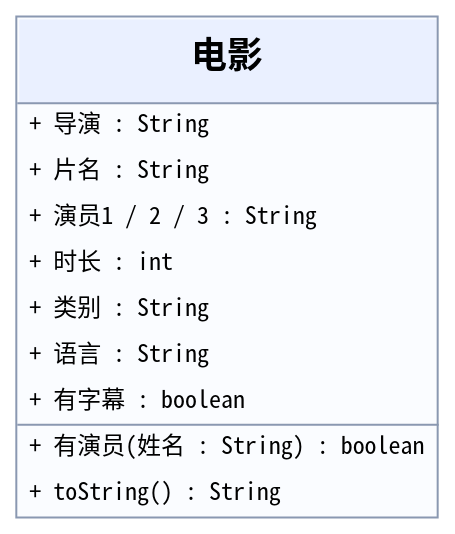
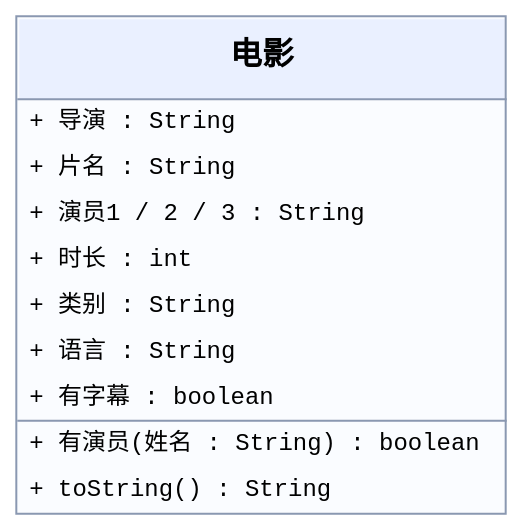
One commit to edetroll/java-oop changed the diagram in content/chapters/02-osztalyok/media/film-zh.dot. Above: the diagram before and after it, drawn with Graphviz. The commit also changed 38 other files, not shown here.

```diff
--- a/content/chapters/02-osztalyok/media/film-zh.dot
+++ b/content/chapters/02-osztalyok/media/film-zh.dot
@@ -1,1 +1,1 @@
-digraph G { graph [bgcolor="transparent",margin=0,pad=0.03]; node [shape=plain]; cl [label=<<TABLE BORDER="1" CELLBORDER="0" CELLSPACING="0" CELLPADDING="3" COLOR="#8a98b1" BGCOLOR="#fafcff"><TR><TD BGCOLOR="#eaf0ff" CELLPADDING="11"><FONT FACE="Noto Sans CJK SC" POINT-SIZE="18"><B>电影</B></FONT></TD></TR><HR/><TR><TD ALIGN="LEFT" BALIGN="LEFT" CELLPADDING="5"><FONT FACE="Noto Sans Mono CJK SC" POINT-SIZE="12">+ 导演 : String</FONT></TD></TR><TR><TD ALIGN="LEFT" BALIGN="LEFT" CELLPADDING="5"><FONT FACE="Noto Sans Mono CJK SC" POINT-SIZE="12">+ 片名 : String</FONT></TD></TR><TR><TD ALIGN="LEFT" BALIGN="LEFT" CELLPADDING="5"><FONT FACE="Noto Sans Mono CJK SC" POINT-SIZE="12">+ 演员1 / 2 / 3 : String</FONT></TD></TR><TR><TD ALIGN="LEFT" BALIGN="LEFT" CELLPADDING="5"><FONT FACE="Noto Sans Mono CJK SC" POINT-SIZE="12">+ 时长 : int</FONT></TD></TR><TR><TD ALIGN="LEFT" BALIGN="LEFT" CELLPADDING="5"><FONT FACE="Noto Sans Mono CJK SC" POINT-SIZE="12">+ 类别 : String</FONT></TD></TR><TR><TD ALIGN="LEFT" BALIGN="LEFT" CELLPADDING="5"><FONT FACE="Noto Sans Mono CJK SC" POINT-SIZE="12">+ 语言 : String</FONT></TD></TR><TR><TD ALIGN="LEFT" BALIGN="LEFT" CELLPADDING="5"><FONT FACE="Noto Sans Mono CJK SC" POINT-SIZE="12">+ 有字幕 : boolean</FONT></TD></TR><HR/><TR><TD ALIGN="LEFT" BALIGN="LEFT" CELLPADDING="5"><FONT FACE="Noto Sans Mono CJK SC" POINT-SIZE="12">+ 有演员(姓名 : String) : boolean</FONT></TD></TR><TR><TD ALIGN="LEFT" BALIGN="LEFT" CELLPADDING="5"><FONT FACE="Noto Sans Mono CJK SC" POINT-SIZE="12">+ toString() : String</FONT></TD></TR></TABLE>>]; }
+digraph G { graph [bgcolor="transparent",margin=0,pad=0.03]; node [fontname="Liberation Mono",fontsize=12,shape=plain]; cl [label=<<TABLE BORDER="1" CELLBORDER="0" CELLSPACING="0" CELLPADDING="3" COLOR="#8a98b1" BGCOLOR="#fafcff"><TR><TD BGCOLOR="#eaf0ff" CELLPADDING="11"><FONT FACE="Liberation Mono" POINT-SIZE="16"><B>电影</B></FONT></TD></TR><HR/><TR><TD ALIGN="LEFT" BALIGN="LEFT" CELLPADDING="5"><FONT FACE="Liberation Mono" POINT-SIZE="12">+ 导演 : String</FONT></TD></TR><TR><TD ALIGN="LEFT" BALIGN="LEFT" CELLPADDING="5"><FONT FACE="Liberation Mono" POINT-SIZE="12">+ 片名 : String</FONT></TD></TR><TR><TD ALIGN="LEFT" BALIGN="LEFT" CELLPADDING="5"><FONT FACE="Liberation Mono" POINT-SIZE="12">+ 演员1 / 2 / 3 : String</FONT></TD></TR><TR><TD ALIGN="LEFT" BALIGN="LEFT" CELLPADDING="5"><FONT FACE="Liberation Mono" POINT-SIZE="12">+ 时长 : int</FONT></TD></TR><TR><TD ALIGN="LEFT" BALIGN="LEFT" CELLPADDING="5"><FONT FACE="Liberation Mono" POINT-SIZE="12">+ 类别 : String</FONT></TD></TR><TR><TD ALIGN="LEFT" BALIGN="LEFT" CELLPADDING="5"><FONT FACE="Liberation Mono" POINT-SIZE="12">+ 语言 : String</FONT></TD></TR><TR><TD ALIGN="LEFT" BALIGN="LEFT" CELLPADDING="5"><FONT FACE="Liberation Mono" POINT-SIZE="12">+ 有字幕 : boolean</FONT></TD></TR><HR/><TR><TD ALIGN="LEFT" BALIGN="LEFT" CELLPADDING="5"><FONT FACE="Liberation Mono" POINT-SIZE="12">+ 有演员(姓名 : String) : boolean</FONT></TD></TR><TR><TD ALIGN="LEFT" BALIGN="LEFT" CELLPADDING="5"><FONT FACE="Liberation Mono" POINT-SIZE="12">+ toString() : String</FONT></TD></TR></TABLE>>]; }
```
